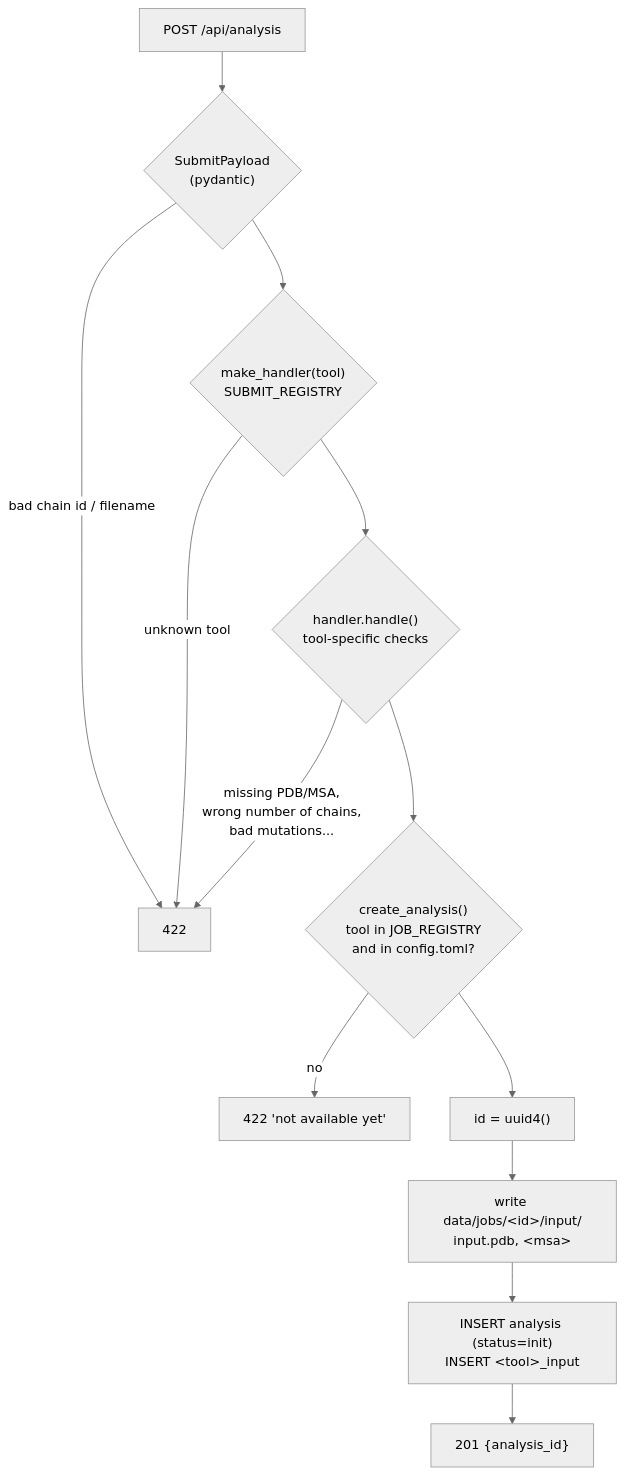
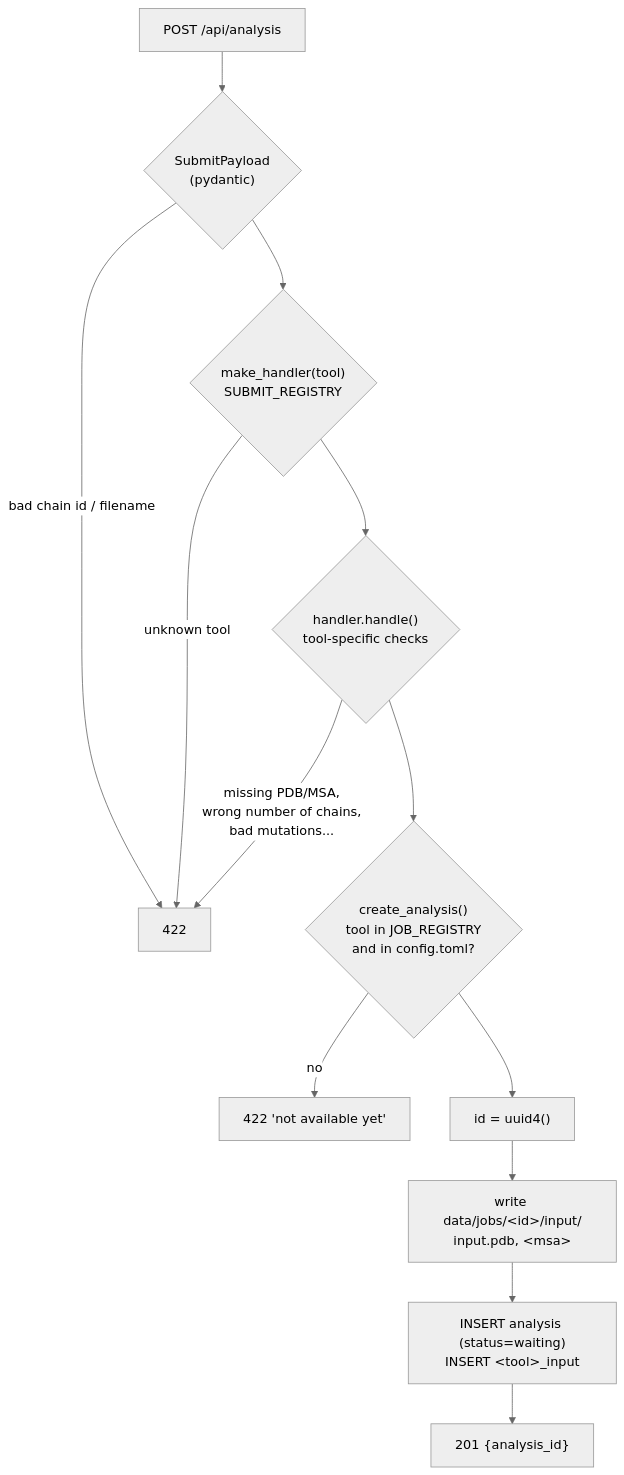
One commit to Benoitdw/dezyme changed the second of 5 diagrams in docs/analysis-lifecycle.md. Above: the diagram before and after it, drawn with Mermaid (neutral theme). The commit also changed other lines of this file and 8 other files, not shown here.

````diff
--- a/docs/analysis-lifecycle.md
+++ b/docs/analysis-lifecycle.md
@@ -112,15 +112,15 @@
 ```mermaid
 flowchart TD
     A["POST /api/analysis"] --> B{"SubmitPayload<br/>(pydantic)"}
     B -- "bad chain id / filename" --> E422["422"]
     B --> C{"make_handler(tool)<br/>SUBMIT_REGISTRY"}
     C -- unknown tool --> E422
     C --> D{"handler.handle()<br/>tool-specific checks"}
     D -- "missing PDB/MSA,<br/>wrong number of chains,<br/>bad mutations..." --> E422
     D --> F{"create_analysis()<br/>tool in JOB_REGISTRY<br/>and in config.toml?"}
     F -- no --> E422b["422 'not available yet'"]
     F --> G["id = uuid4()"]
     G --> H["write data/jobs/&lt;id&gt;/input/<br/>input.pdb, &lt;msa&gt;"]
-    H --> I["INSERT analysis (status=init)<br/>INSERT &lt;tool&gt;_input"]
+    H --> I["INSERT analysis (status=waiting)<br/>INSERT &lt;tool&gt;_input"]
     I --> J["201 {analysis_id}"]
 ```
````
